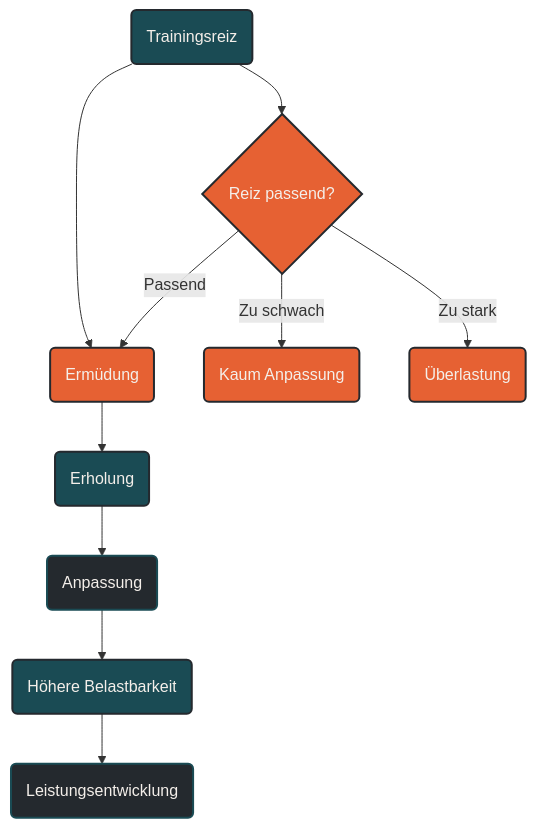
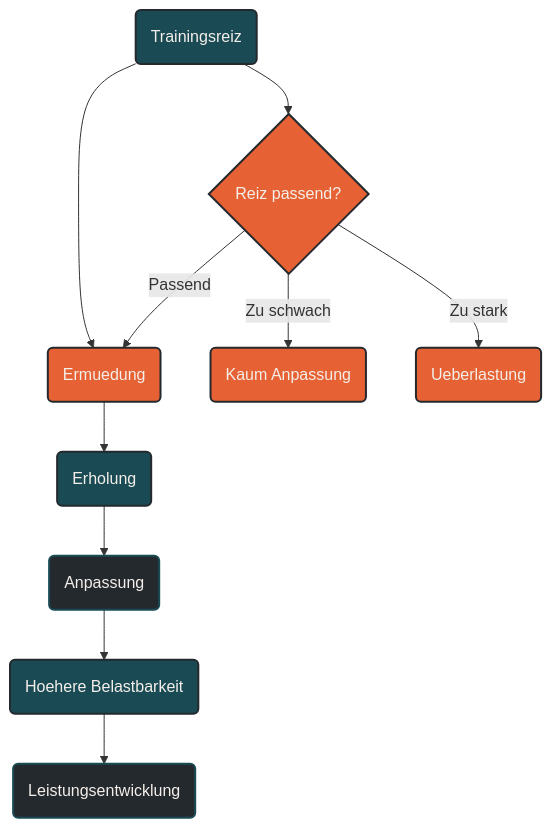
One commit to Quixos40K/ausdauersport-typemill changed the diagram in content/00-ausdauersport/00-trainingswissenschaft/04-leistungsentwicklung/00-trainingsadaptation.md. Above: the diagram before and after it, drawn with Mermaid. The commit also changed other lines of this file, not shown here.

````diff
--- a/content/00-ausdauersport/00-trainingswissenschaft/04-leistungsentwicklung/00-trainingsadaptation.md
+++ b/content/00-ausdauersport/00-trainingswissenschaft/04-leistungsentwicklung/00-trainingsadaptation.md
@@ -180,28 +180,28 @@
 ```mermaid
 graph TD
-    A(Trainingsreiz) --> B(Ermüdung)
+    A(Trainingsreiz) --> B(Ermuedung)
     B --> C(Erholung)
     C --> D(Anpassung)
-    D --> E(Höhere Belastbarkeit)
+    D --> E(Hoehere Belastbarkeit)
     E --> F(Leistungsentwicklung)
 
     A --> G{Reiz passend?}
     G -->|Zu schwach| H(Kaum Anpassung)
-    G -->|Zu stark| I(Überlastung)
+    G -->|Zu stark| I(Ueberlastung)
     G -->|Passend| B
 
     classDef default fill:#F4EFEA,stroke:#1A4B54,stroke-width:2px,color:#24292E;
     classDef primary fill:#1A4B54,stroke:#24292E,stroke-width:2px,color:#F4EFEA;
     classDef highlight fill:#E66133,stroke:#24292E,stroke-width:2px,color:#F4EFEA;
     classDef dark fill:#24292E,stroke:#1A4B54,stroke-width:2px,color:#F4EFEA;
 
     class A primary;
     class B highlight;
     class C primary;
     class D dark;
     class E primary;
     class F dark;
     class G highlight;
     class H highlight;
     class I highlight;
 ```
````
